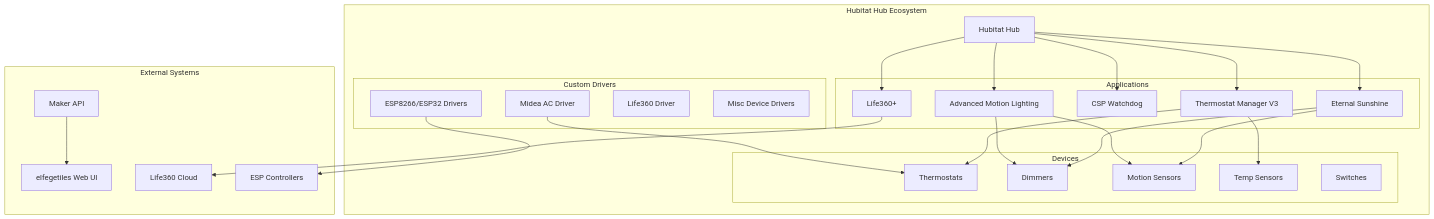
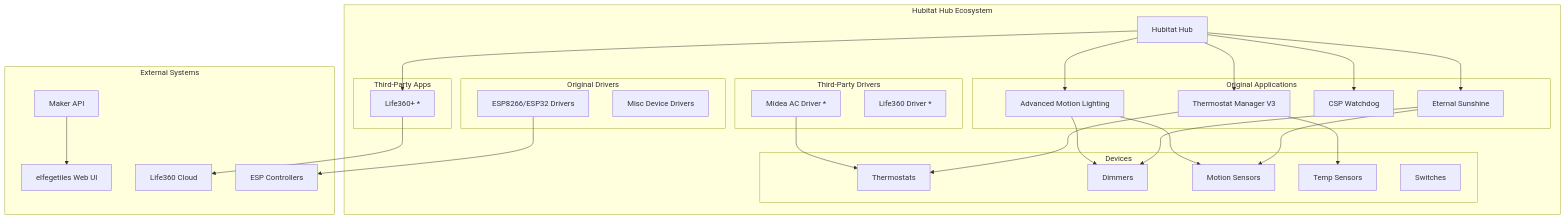
Before and after one commit to elfege/HUBITAT_SMART_HOME: the first of 6 diagrams in README.md, drawn with Mermaid. The commit also changed other lines of this file, not shown here.

First line of the commit message:
Fix attribution for third-party components in README

````diff
--- a/README.md
+++ b/README.md
@@ -31,55 +31,61 @@
 ```mermaid
 graph TB
     subgraph "Hubitat Hub Ecosystem"
         HUB[Hubitat Hub]
 
-        subgraph "Applications"
+        subgraph "Original Applications"
             TM[Thermostat Manager V3]
             ES[Eternal Sunshine]
             WD[CSP Watchdog]
             AML[Advanced Motion Lighting]
-            L360[Life360+]
         end
 
-        subgraph "Custom Drivers"
+        subgraph "Third-Party Apps"
+            L360[Life360+ *]
+        end
+
+        subgraph "Original Drivers"
             ESP[ESP8266/ESP32 Drivers]
-            MIDEA[Midea AC Driver]
-            LIFE[Life360 Driver]
             MISC[Misc Device Drivers]
+        end
+
+        subgraph "Third-Party Drivers"
+            MIDEA[Midea AC Driver *]
+            LIFE[Life360 Driver *]
         end
 
         subgraph "Devices"
             THERM[Thermostats]
             DIM[Dimmers]
             MOTION[Motion Sensors]
             TEMP[Temp Sensors]
             SW[Switches]
         end
     end
 
     subgraph "External Systems"
         WEB[elfegetiles Web UI]
         MAKER[Maker API]
         CLOUD[Life360 Cloud]
         ESPDEV[ESP Controllers]
     end
 
     HUB --> TM
     HUB --> ES
     HUB --> WD
     HUB --> AML
     HUB --> L360
 
     TM --> THERM
     TM --> TEMP
     ES --> DIM
     ES --> MOTION
     AML --> DIM
     AML --> MOTION
 
     ESP --> ESPDEV
     MIDEA --> THERM
     L360 --> CLOUD
 
     MAKER --> WEB
 ```
````
